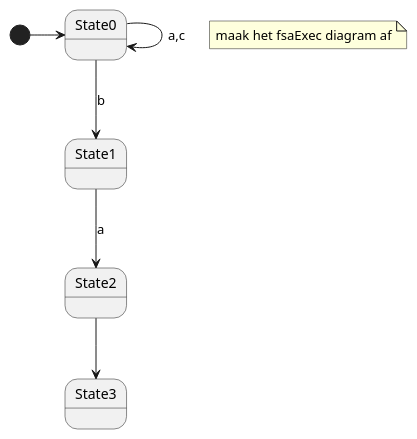
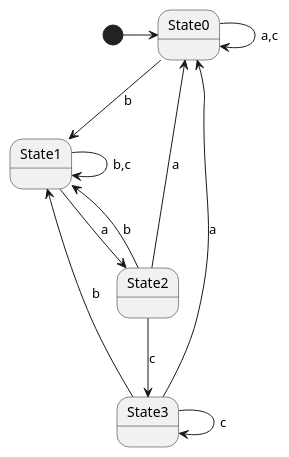
The diagram in src/week1/Statediag.puml (simonzweers/automata-and-oop), drawn with PlantUML before and after one commit. The commit also changed 2 other files, not shown here.

```diff
--- a/src/week1/Statediag.puml
+++ b/src/week1/Statediag.puml
@@ -1,13 +1,17 @@
 @startuml
 'https://plantuml.com/state-diagram
-
-note "maak het fsaExec diagram af" as n1
 
 [*] -> State0
 State0 --> State1 : b
 State0 --> State0 : a,c
+State1 --> State1 : b,c
 State1 --> State2 : a
-State2 --> State3
+State2 --> State0 : a
+State2 --> State1 : b
+State2 --> State3 : c
+State3 --> State0 : a
+State3 --> State1 : b
+State3 --> State3 : c
 
 
 @enduml
```
